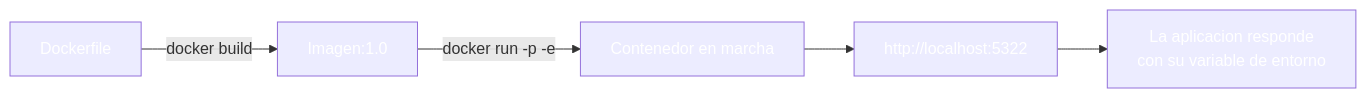
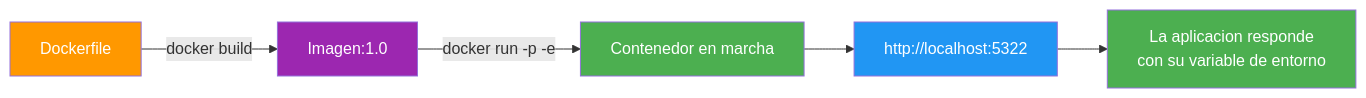
The fourth of 6 diagrams in 25-docker-despliegue.md (joseluisgs/DesarrolloWebEntornosServidor-03-2026-2027), drawn with Mermaid before and after one commit. The commit also changed other lines of this file and 25 other files, not shown here.

Commit message:
docs: corregir los estilos Mermaid de los temas y alinear el dominio del tema 25 con ProductosApp

````diff
--- a/25-docker-despliegue.md
+++ b/25-docker-despliegue.md
@@ -176,12 +176,12 @@
 ```mermaid
 graph LR
     D["Dockerfile"] -->|docker build| I["Imagen:1.0"]
     I -->|docker run -p -e| C["Contenedor en marcha"]
     C --> P["http://localhost:5322"]
     P --> R["La aplicacion responde<br/>con su variable de entorno"]
-    style D fill:#FF980,color:#fff0,color:#fff
-    style I fill:#9C27B,color:#fff0,color:#fff
-    style C fill:#4CAF5,color:#fff0,color:#fff
-    style P fill:#2196F,color:#fff3,color:#fff
-    style R fill:#4CAF5,color:#fff0,color:#fff
+    style D fill:#FF9800,color:#fff
+    style I fill:#9C27B0,color:#fff
+    style C fill:#4CAF50,color:#fff
+    style P fill:#2196F3,color:#fff
+    style R fill:#4CAF50,color:#fff
 ```
````
